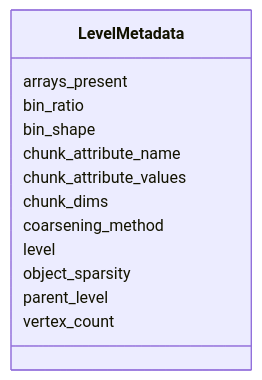
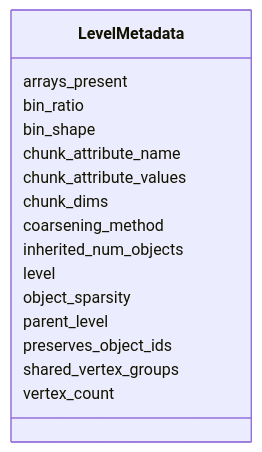
One commit to BRIDGE-Neuroscience/zarr-vectors-py changed the ninth of 17 diagrams in schema/reference.md. Above: the diagram before and after it, drawn with Mermaid. The commit also changed other lines of this file and 125 other files, not shown here.

````diff
--- a/schema/reference.md
+++ b/schema/reference.md
@@ -4385,28 +5241,34 @@
 ```mermaid
  classDiagram
     class LevelMetadata
     click LevelMetadata href "../LevelMetadata/"
       LevelMetadata : arrays_present
         
       LevelMetadata : bin_ratio
         
       LevelMetadata : bin_shape
         
       LevelMetadata : chunk_attribute_name
         
       LevelMetadata : chunk_attribute_values
         
       LevelMetadata : chunk_dims
         
       LevelMetadata : coarsening_method
         
+      LevelMetadata : inherited_num_objects
+        
       LevelMetadata : level
         
       LevelMetadata : object_sparsity
         
       LevelMetadata : parent_level
         
+      LevelMetadata : preserves_object_ids
+        
+      LevelMetadata : shared_vertex_groups
+        
       LevelMetadata : vertex_count
         
       
 ```
````
